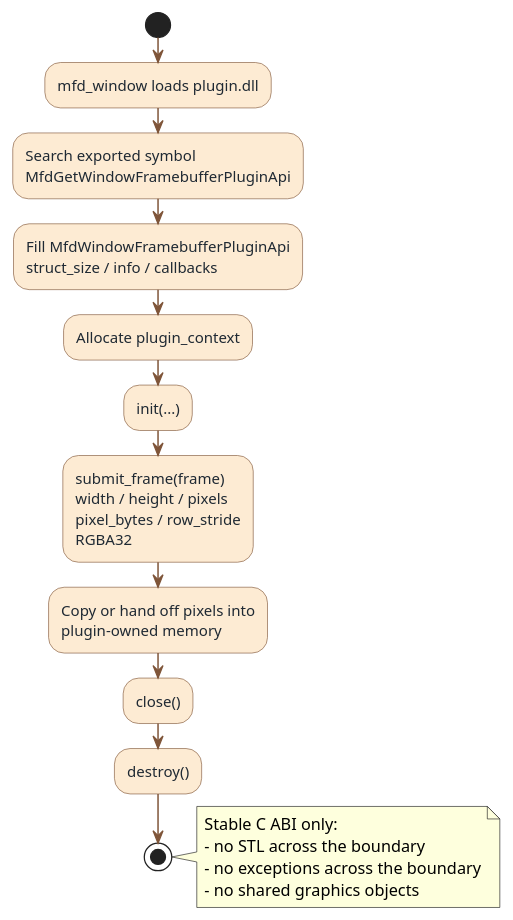
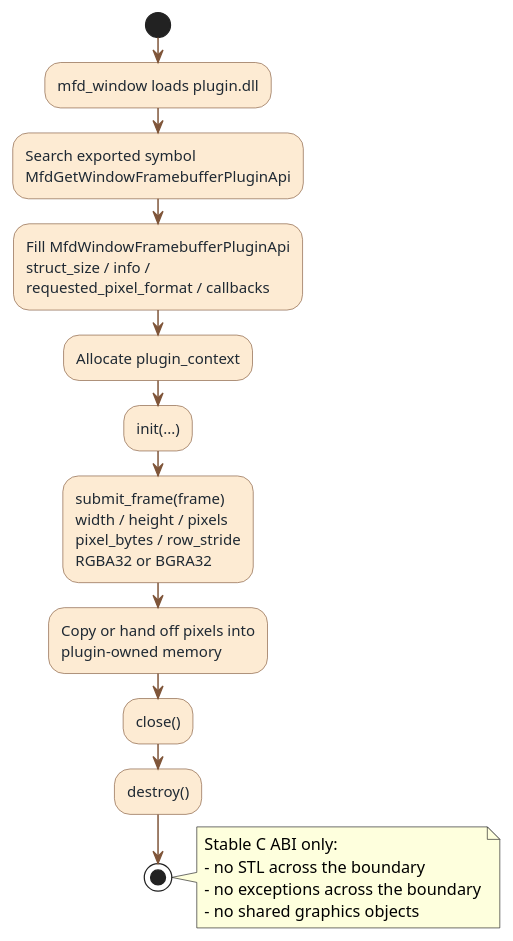
One commit to benoitfragit/MFDStudio changed the diagram in docs/user_guide/diagrams/06_framebuffer_plugin_abi.puml. Above: the diagram before and after it, drawn with PlantUML. The commit also changed 19 other files, not shown here.

```diff
--- a/docs/user_guide/diagrams/06_framebuffer_plugin_abi.puml
+++ b/docs/user_guide/diagrams/06_framebuffer_plugin_abi.puml
@@ -1,33 +1,33 @@
 @startuml
 skinparam backgroundColor #FFFFFF
 skinparam shadowing false
 skinparam defaultFontName Segoe UI
 skinparam ArrowColor #7F5539
 skinparam ArrowThickness 1.2
 skinparam activity {
   DiamondBorderColor #7F5539
   DiamondBackgroundColor #FFF3D6
   BorderColor #7F5539
   BackgroundColor #FDEBD3
   FontColor #1F2933
 }
 
 start
 :mfd_window loads plugin.dll;
 :Search exported symbol\nMfdGetWindowFramebufferPluginApi;
-:Fill MfdWindowFramebufferPluginApi\nstruct_size / info / callbacks;
+:Fill MfdWindowFramebufferPluginApi\nstruct_size / info /\nrequested_pixel_format / callbacks;
 :Allocate plugin_context;
 :init(...);
-:submit_frame(frame)\nwidth / height / pixels\npixel_bytes / row_stride\nRGBA32;
+:submit_frame(frame)\nwidth / height / pixels\npixel_bytes / row_stride\nRGBA32 or BGRA32;
 :Copy or hand off pixels into\nplugin-owned memory;
 :close();
 :destroy();
 stop
 
 note right
 Stable C ABI only:
 - no STL across the boundary
 - no exceptions across the boundary
 - no shared graphics objects
 end note
 @enduml
```
